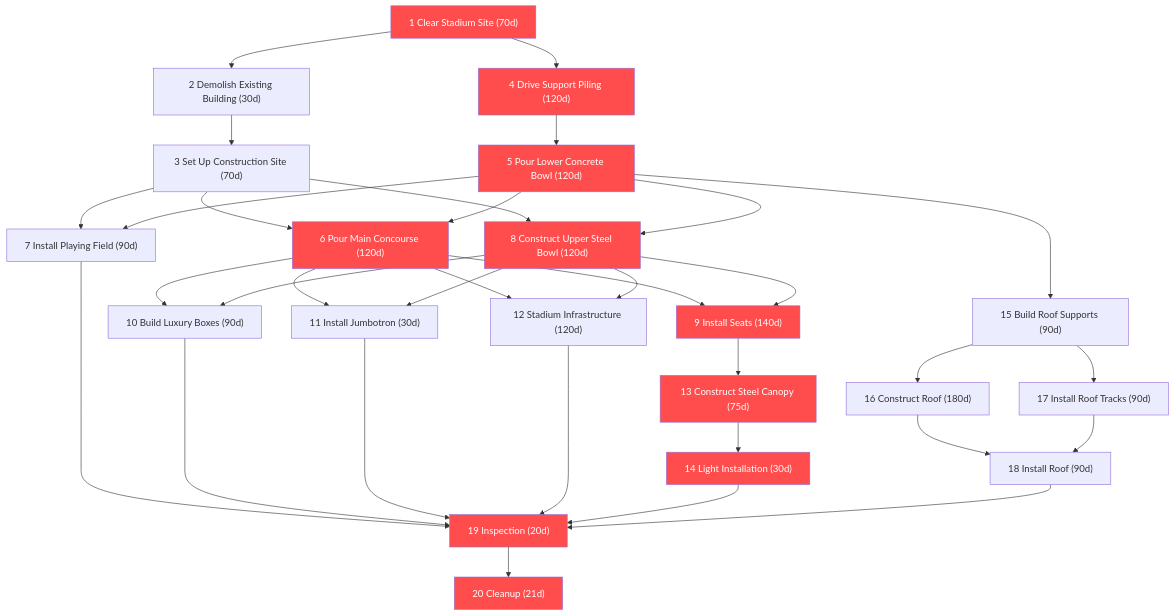
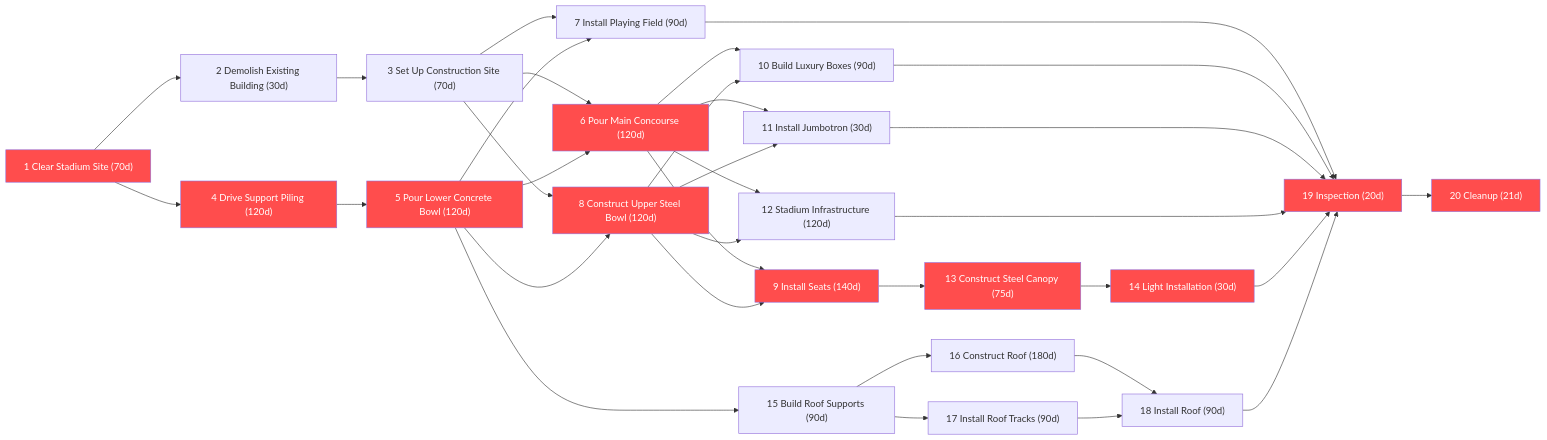
Before and after one commit to sanjanaganger22-ship-it/sanjana: the diagram in README.md, drawn with Mermaid.

````diff
--- a/README.md
+++ b/README.md
@@ -1,48 +1,48 @@
 ```mermaid
-flowchart TD
+flowchart LR
 
 A1["1 Clear Stadium Site (70d)"] --> A2["2 Demolish Existing Building (30d)"]
 A1 --> A4["4 Drive Support Piling (120d)"]
 A2 --> A3["3 Set Up Construction Site (70d)"]
 A4 --> A5["5 Pour Lower Concrete Bowl (120d)"]
 A3 --> A6["6 Pour Main Concourse (120d)"]
 A5 --> A6
 A3 --> A7["7 Install Playing Field (90d)"]
 A5 --> A7
 A3 --> A8["8 Construct Upper Steel Bowl (120d)"]
 A5 --> A8
 A6 --> A9["9 Install Seats (140d)"]
 A8 --> A9
 A6 --> A10["10 Build Luxury Boxes (90d)"]
 A8 --> A10
 A6 --> A11["11 Install Jumbotron (30d)"]
 A8 --> A11
 A6 --> A12["12 Stadium Infrastructure (120d)"]
 A8 --> A12
 A5 --> A15["15 Build Roof Supports (90d)"]
 A15 --> A16["16 Construct Roof (180d)"]
 A15 --> A17["17 Install Roof Tracks (90d)"]
 A16 --> A18["18 Install Roof (90d)"]
 A17 --> A18
 A9 --> A13["13 Construct Steel Canopy (75d)"]
 A13 --> A14["14 Light Installation (30d)"]
 A7 --> A19["19 Inspection (20d)"]
 A10 --> A19
 A11 --> A19
 A12 --> A19
 A14 --> A19
 A18 --> A19
 A19 --> A20["20 Cleanup (21d)"]
 
 %% Critical path nodes
 style A1 fill:#ff4d4d,color:#fff
 style A4 fill:#ff4d4d,color:#fff
 style A5 fill:#ff4d4d,color:#fff
 style A6 fill:#ff4d4d,color:#fff
 style A8 fill:#ff4d4d,color:#fff
 style A9 fill:#ff4d4d,color:#fff
 style A13 fill:#ff4d4d,color:#fff
 style A14 fill:#ff4d4d,color:#fff
 style A19 fill:#ff4d4d,color:#fff
 style A20 fill:#ff4d4d,color:#fff
 ```
````
